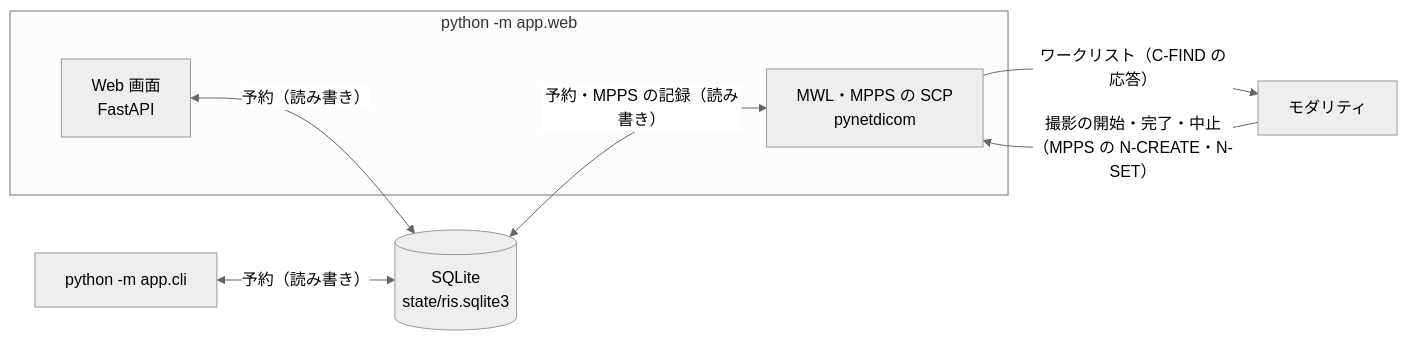
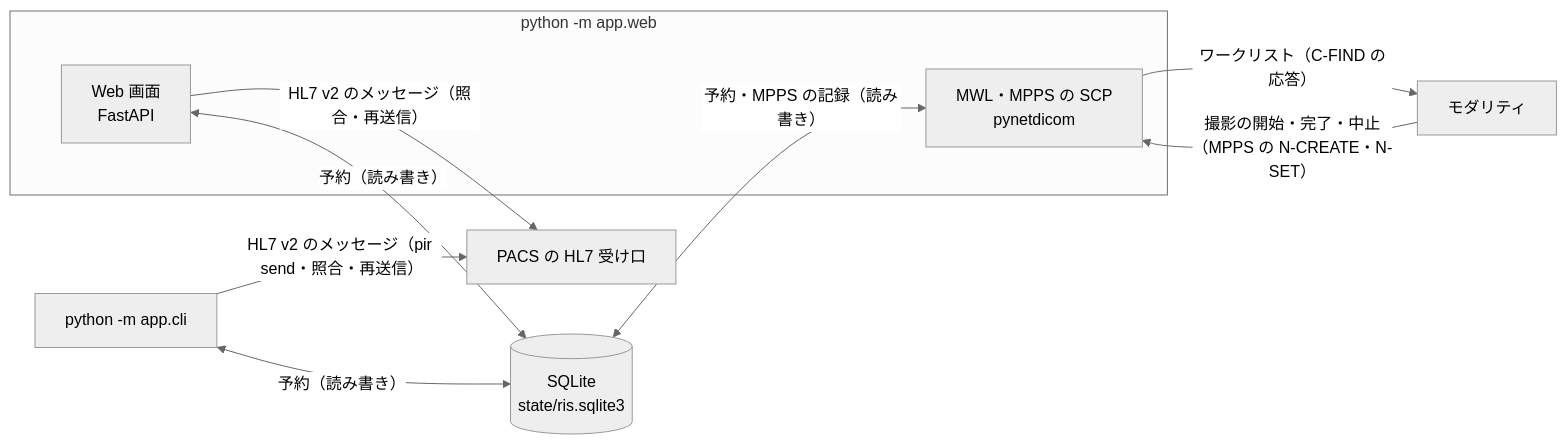
Before and after one commit to jeysunit/ris-emulator: the diagram in docs/architecture.md, drawn with Mermaid (neutral theme). The commit also changed other lines of this file and 31 other files, not shown here.

````diff
--- a/docs/architecture.md
+++ b/docs/architecture.md
@@ -8,15 +8,18 @@
 ```mermaid
 flowchart LR
   subgraph proc1["python -m app.web"]
     WEB["Web 画面<br/>FastAPI"]
     MWL["MWL・MPPS の SCP<br/>pynetdicom"]
   end
   CLI["python -m app.cli"]
   DB[("SQLite<br/>state/ris.sqlite3")]
   MOD["モダリティ"]
+  PACS["PACS の HL7 受け口"]
+  WEB -->|"HL7 v2 のメッセージ（照合・再送信）"| PACS
+  CLI -->|"HL7 v2 のメッセージ（pir send・照合・再送信）"| PACS
   WEB <-->|"予約（読み書き）"| DB
   CLI <-->|"予約（読み書き）"| DB
   DB <-->|"予約・MPPS の記録（読み書き）"| MWL
   MWL -->|"ワークリスト（C-FIND の応答）"| MOD
   MOD -->|"撮影の開始・完了・中止（MPPS の N-CREATE・N-SET）"| MWL
 ```
````
